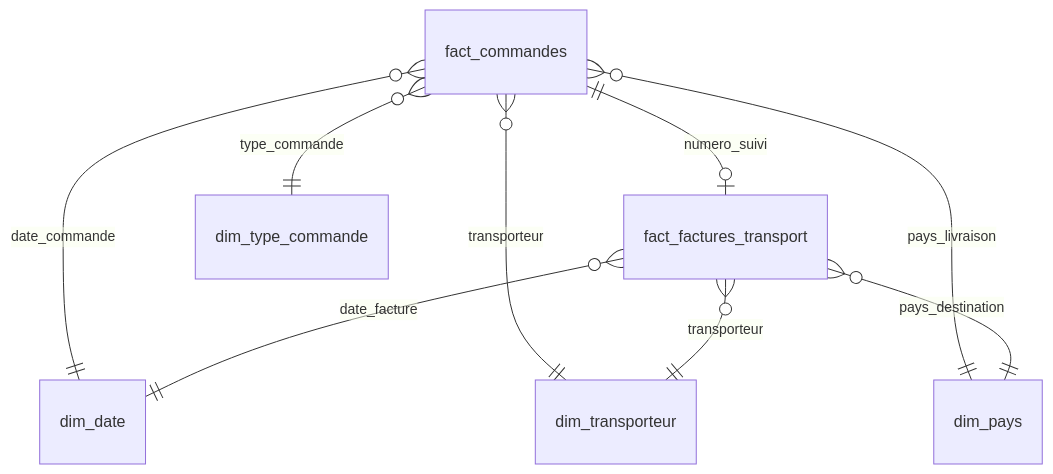
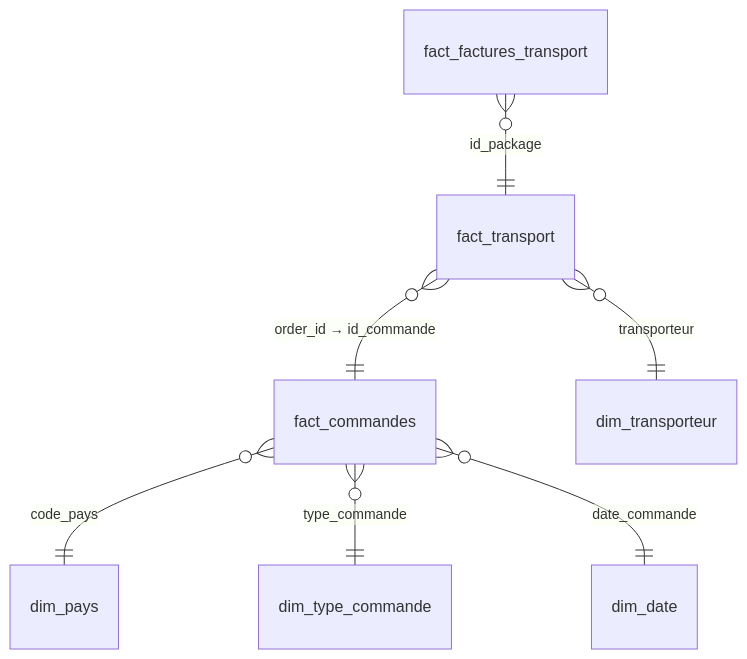
The second of 2 diagrams in docs/02-architecture/architecture-data.md (OtmaneZ/lireka), drawn with Mermaid before and after one commit. The commit also changed other lines of this file and 83 other files, not shown here.

````diff
--- a/docs/02-architecture/architecture-data.md
+++ b/docs/02-architecture/architecture-data.md
@@ -120,11 +93,9 @@
 ```mermaid
 erDiagram
-    fact_commandes ||--o| fact_factures_transport : "numero_suivi"
+    fact_transport }o--|| fact_commandes : "order_id → id_commande"
+    fact_factures_transport }o--|| fact_transport : "id_package"
+    fact_commandes }o--|| dim_pays : "code_pays"
+    fact_commandes }o--|| dim_type_commande : "type_commande"
     fact_commandes }o--|| dim_date : "date_commande"
-    fact_commandes }o--|| dim_pays : "pays_livraison"
-    fact_commandes }o--|| dim_transporteur : "transporteur"
-    fact_commandes }o--|| dim_type_commande : "type_commande"
-    fact_factures_transport }o--|| dim_date : "date_facture"
-    fact_factures_transport }o--|| dim_transporteur : "transporteur"
-    fact_factures_transport }o--|| dim_pays : "pays_destination"
+    fact_transport }o--|| dim_transporteur : "transporteur"
 ```
````
